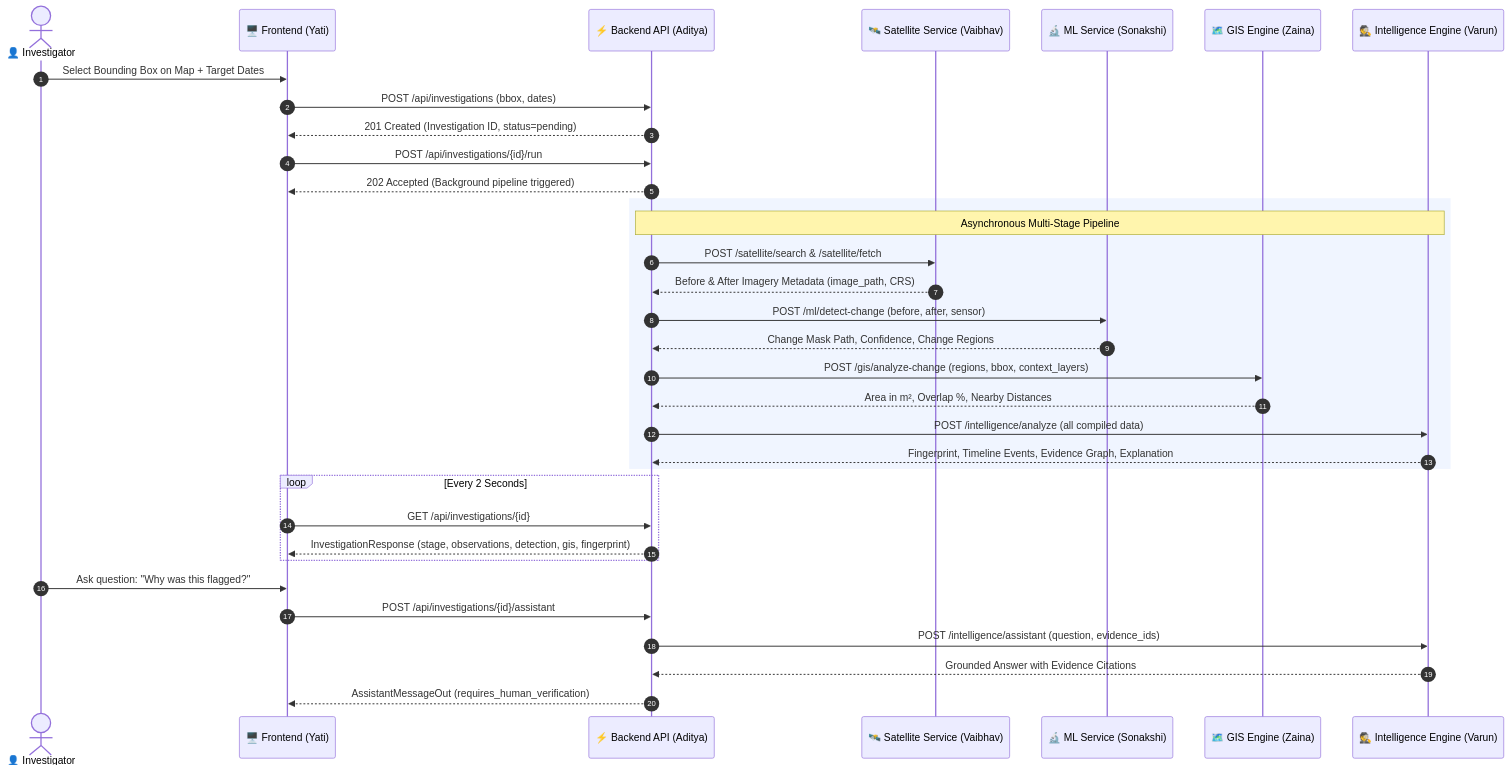
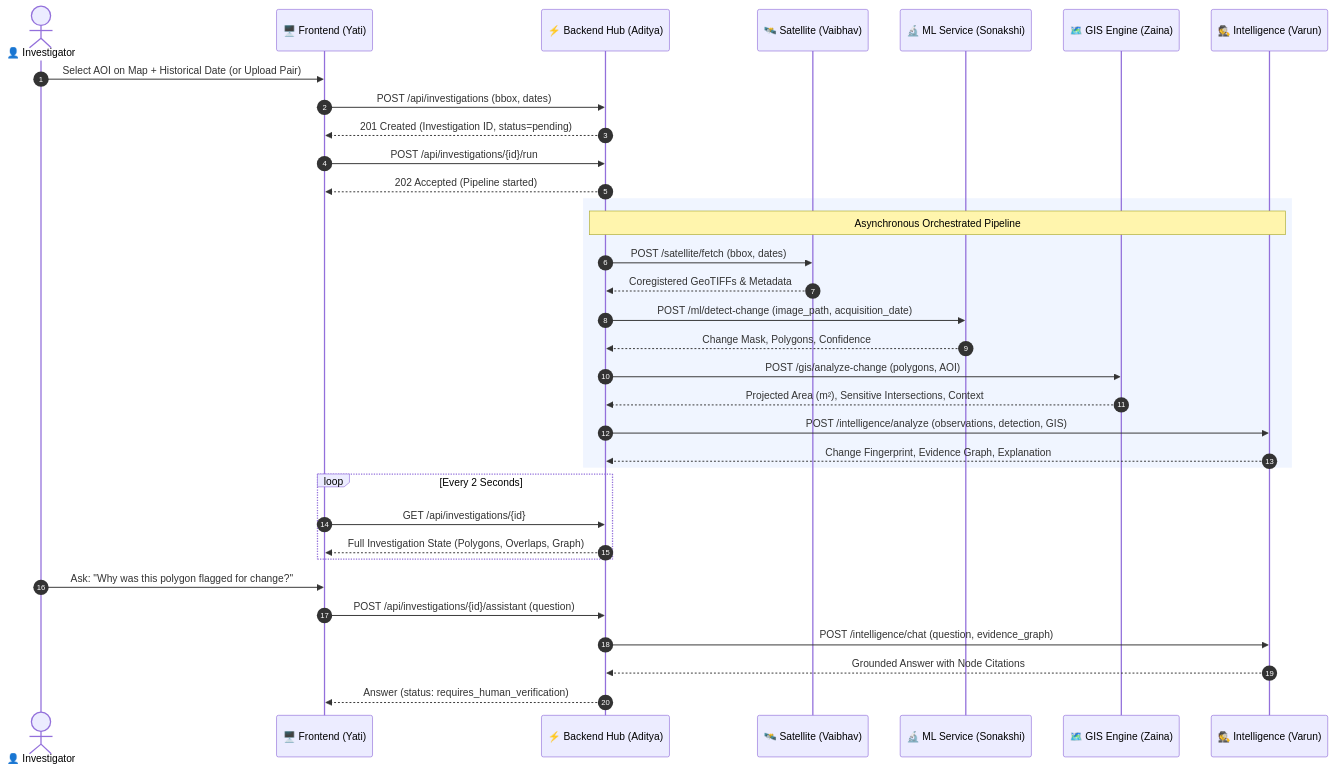
Before and after one commit to Aditya-dxt/UrbanChange-AI: the second of 3 diagrams in README.md, drawn with Mermaid. The commit also changed other lines of this file and 12 other files, not shown here.

````diff
--- a/README.md
+++ b/README.md
@@ -137,40 +91,40 @@
 ```mermaid
 sequenceDiagram
     autonumber
     actor Investigator as 👤 Investigator
     participant FE as 🖥️ Frontend (Yati)
-    participant BE as ⚡ Backend API (Aditya)
-    participant SAT as 🛰️ Satellite Service (Vaibhav)
+    participant BE as ⚡ Backend Hub (Aditya)
+    participant SAT as 🛰️ Satellite (Vaibhav)
     participant ML as 🔬 ML Service (Sonakshi)
     participant GIS as 🗺️ GIS Engine (Zaina)
-    participant INT as 🕵️ Intelligence Engine (Varun)
+    participant INT as 🕵️ Intelligence (Varun)
 
-    Investigator->>FE: Select Bounding Box on Map + Target Dates
+    Investigator->>FE: Select AOI on Map + Historical Date (or Upload Pair)
     FE->>BE: POST /api/investigations (bbox, dates)
     BE-->>FE: 201 Created (Investigation ID, status=pending)
     FE->>BE: POST /api/investigations/{id}/run
-    BE-->>FE: 202 Accepted (Background pipeline triggered)
+    BE-->>FE: 202 Accepted (Pipeline started)
 
     rect rgb(240, 245, 255)
-        Note over BE,INT: Asynchronous Multi-Stage Pipeline
-        BE->>SAT: POST /satellite/search & /satellite/fetch
-        SAT-->>BE: Before & After Imagery Metadata (image_path, CRS)
-        BE->>ML: POST /ml/detect-change (before, after, sensor)
-        ML-->>BE: Change Mask Path, Confidence, Change Regions
-        BE->>GIS: POST /gis/analyze-change (regions, bbox, context_layers)
-        GIS-->>BE: Area in m², Overlap %, Nearby Distances
-        BE->>INT: POST /intelligence/analyze (all compiled data)
-        INT-->>BE: Fingerprint, Timeline Events, Evidence Graph, Explanation
+        Note over BE,INT: Asynchronous Orchestrated Pipeline
+        BE->>SAT: POST /satellite/fetch (bbox, dates)
+        SAT-->>BE: Coregistered GeoTIFFs & Metadata
+        BE->>ML: POST /ml/detect-change (image_path, acquisition_date)
+        ML-->>BE: Change Mask, Polygons, Confidence
+        BE->>GIS: POST /gis/analyze-change (polygons, AOI)
+        GIS-->>BE: Projected Area (m²), Sensitive Intersections, Context
+        BE->>INT: POST /intelligence/analyze (observations, detection, GIS)
+        INT-->>BE: Change Fingerprint, Evidence Graph, Explanation
     end
 
     loop Every 2 Seconds
         FE->>BE: GET /api/investigations/{id}
-        BE-->>FE: InvestigationResponse (stage, observations, detection, gis, fingerprint)
+        BE-->>FE: Full Investigation State (Polygons, Overlaps, Graph)
     end
 
-    Investigator->>FE: Ask question: "Why was this flagged?"
-    FE->>BE: POST /api/investigations/{id}/assistant
-    BE->>INT: POST /intelligence/assistant (question, evidence_ids)
-    INT-->>BE: Grounded Answer with Evidence Citations
-    BE-->>FE: AssistantMessageOut (requires_human_verification)
+    Investigator->>FE: Ask: "Why was this polygon flagged for change?"
+    FE->>BE: POST /api/investigations/{id}/assistant (question)
+    BE->>INT: POST /intelligence/chat (question, evidence_graph)
+    INT-->>BE: Grounded Answer with Node Citations
+    BE-->>FE: Answer (status: requires_human_verification)
 ```
````
